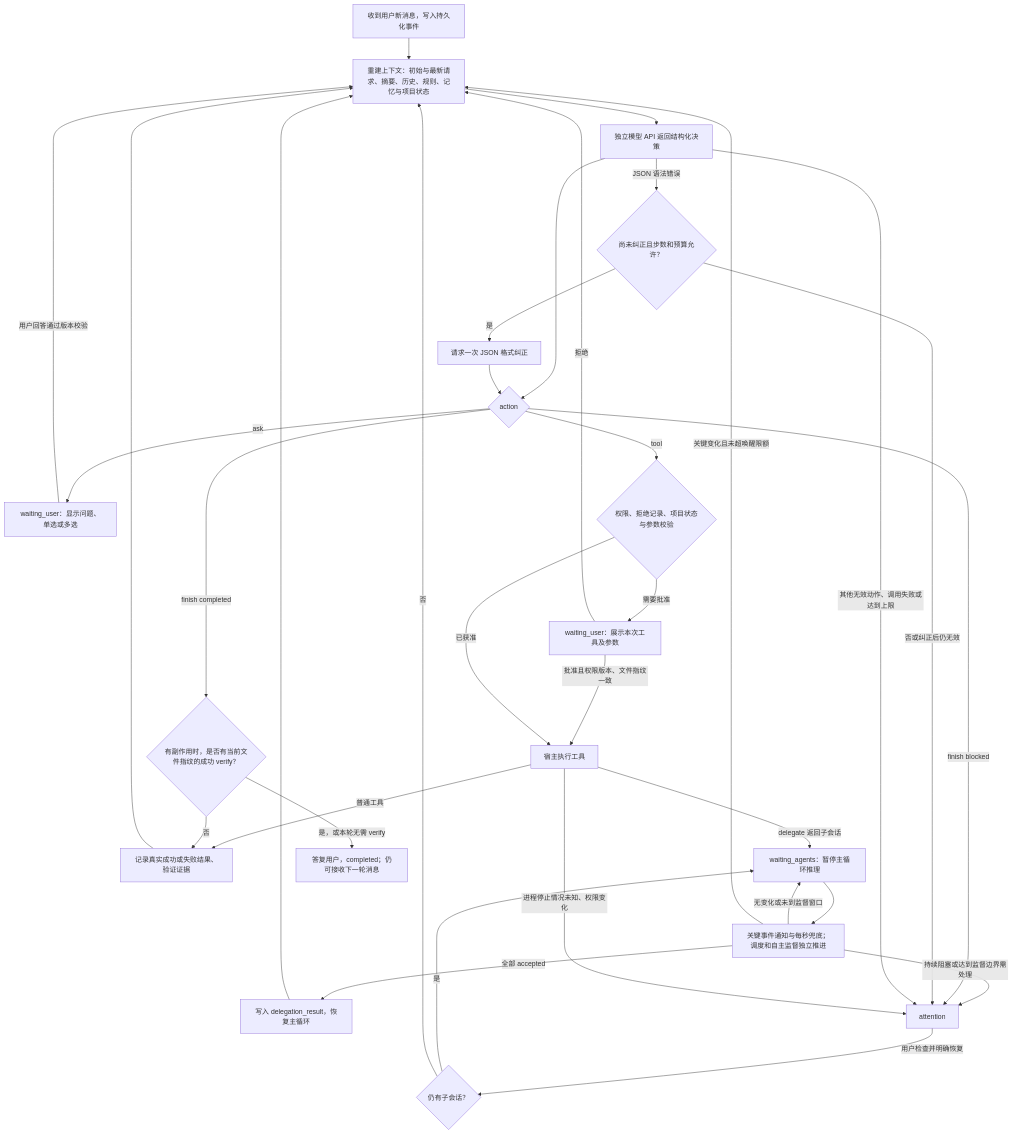
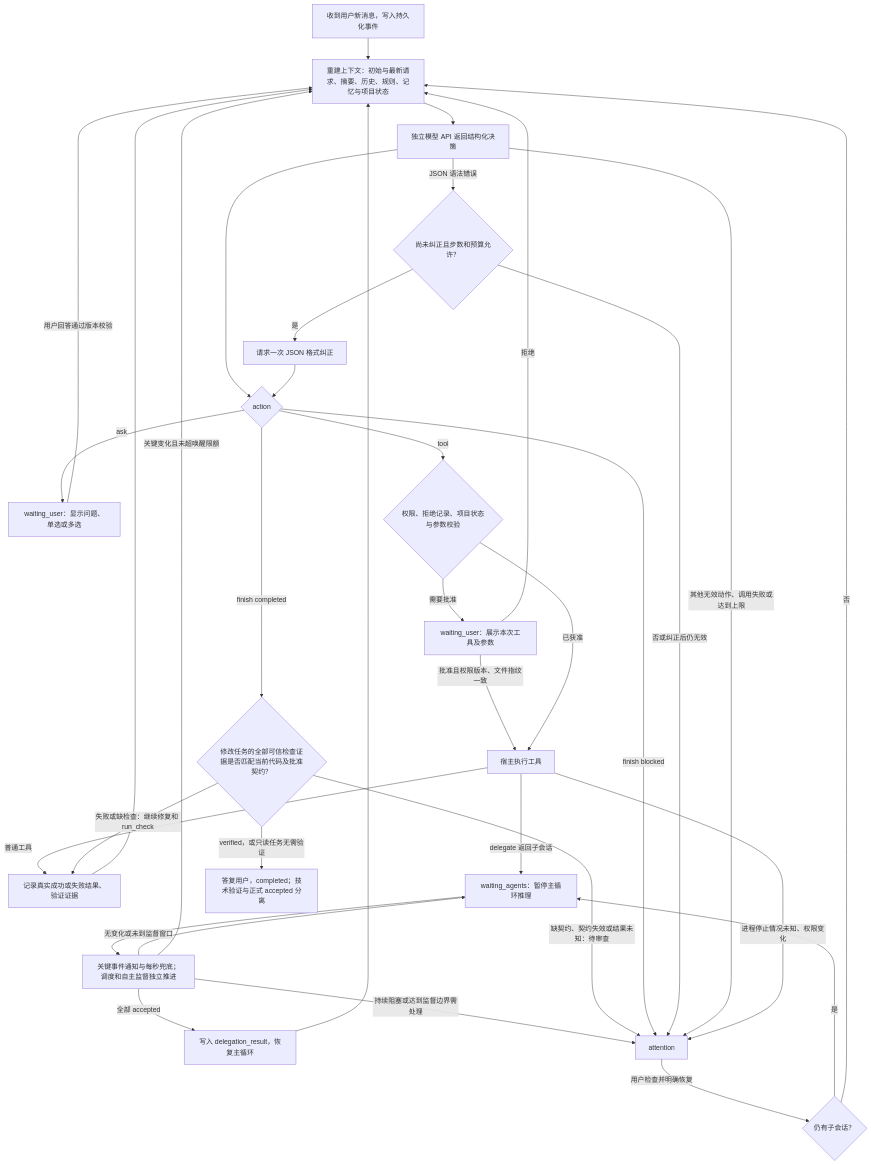
The second of 2 diagrams in docs/架构设计.md (Makimasdog/ApiX-Control-Center), drawn with Mermaid before and after one commit. The commit also changed other lines of this file and 19 other files, not shown here.

````diff
--- a/docs/架构设计.md
+++ b/docs/架构设计.md
@@ -46,35 +46,36 @@
 ```mermaid
 flowchart TD
     A[收到用户新消息，写入持久化事件] --> B[重建上下文：初始与最新请求、摘要、历史、规则、记忆与项目状态]
     B --> C[独立模型 API 返回结构化决策]
     C --> D{action}
     D -->|ask| U[waiting_user：显示问题、单选或多选]
     U -->|用户回答通过版本校验| B
     D -->|tool| P{权限、拒绝记录、项目状态与参数校验}
     P -->|需要批准| Q[waiting_user：展示本次工具及参数]
     Q -->|批准且权限版本、文件指纹一致| E[宿主执行工具]
     Q -->|拒绝| B
     P -->|已获准| E
     E -->|普通工具| R[记录真实成功或失败结果、验证证据]
     R --> B
     E -->|delegate 返回子会话| W[waiting_agents：暂停主循环推理]
     W --> T[关键事件通知与每秒兜底；调度和自主监督独立推进]
     T -->|无变化或未到监督窗口| W
     T -->|关键变化且未超唤醒限额| B
     T -->|全部 accepted| V[写入 delegation_result，恢复主循环]
     V --> B
     T -->|持续阻塞或达到监督边界需处理| X[attention]
-    D -->|finish completed| F{有副作用时，是否有当前文件指纹的成功 verify？}
-    F -->|否| R
-    F -->|是，或本轮无需 verify| DONE[答复用户，completed；仍可接收下一轮消息]
+    D -->|finish completed| F{修改任务的全部可信检查证据是否匹配当前代码及批准契约？}
+    F -->|失败或缺检查：继续修复和 run_check| R
+    F -->|缺契约、契约失效或结果未知：待审查| X
+    F -->|verified，或只读任务无需验证| DONE[答复用户，completed；技术验证与正式 accepted 分离]
     D -->|finish blocked| X
     C -->|JSON 语法错误| FIX{尚未纠正且步数和预算允许？}
     FIX -->|是| ONCE[请求一次 JSON 格式纠正]
     ONCE --> D
     FIX -->|否或纠正后仍无效| X
     C -->|其他无效动作、调用失败或达到上限| X
     E -->|进程停止情况未知、权限变化| X
     X -->|用户检查并明确恢复| RESUME{仍有子会话？}
     RESUME -->|是| W
     RESUME -->|否| B
 ```
````
